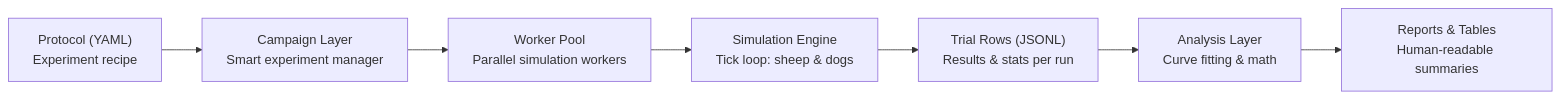
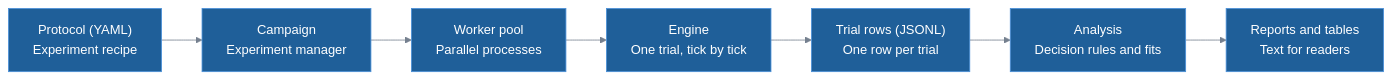
The first of 3 diagrams in docs/codes/architecture.md (lykimq/HerdSim), drawn with Mermaid before and after one commit. The commit also changed other lines of this file and 24 other files, not shown here.

Commit message:
use different style for mermaid

````diff
--- a/docs/codes/architecture.md
+++ b/docs/codes/architecture.md
@@ -27,9 +14,10 @@
 ```mermaid
+%%{init: {"theme": "base", "themeVariables": {"primaryColor": "#1f5f99", "primaryTextColor": "#ffffff", "primaryBorderColor": "#4a90d9", "lineColor": "#75808f", "tertiaryTextColor": "#75808f", "titleColor": "#75808f", "clusterBkg": "transparent", "clusterBorder": "#75808f", "edgeLabelBackground": "transparent"}}}%%
 flowchart LR
-    Protocol["Protocol (YAML)<br/>Experiment recipe"] --> Campaign["Campaign Layer<br/>Smart experiment manager"]
-    Campaign --> Workers["Worker Pool<br/>Parallel simulation workers"]
-    Workers --> Engine["Simulation Engine<br/>Tick loop: sheep & dogs"]
-    Engine --> Rows["Trial Rows (JSONL)<br/>Results & stats per run"]
-    Rows --> Analysis["Analysis Layer<br/>Curve fitting & math"]
-    Analysis --> Reports["Reports & Tables<br/>Human-readable summaries"]
+    protocol["Protocol (YAML)<br/>Experiment recipe"] --> campaign["Campaign<br/>Experiment manager"]
+    campaign --> workers["Worker pool<br/>Parallel processes"]
+    workers --> engine["Engine<br/>One trial, tick by tick"]
+    engine --> rows["Trial rows (JSONL)<br/>One row per trial"]
+    rows --> analysis["Analysis<br/>Decision rules and fits"]
+    analysis --> reports["Reports and tables<br/>Text for readers"]
 ```
````
